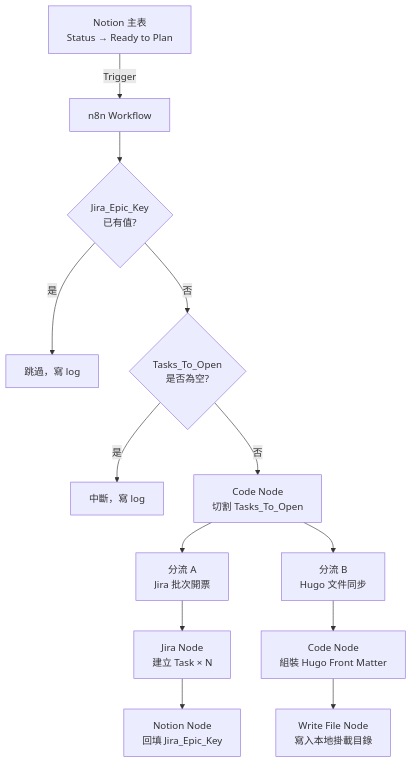
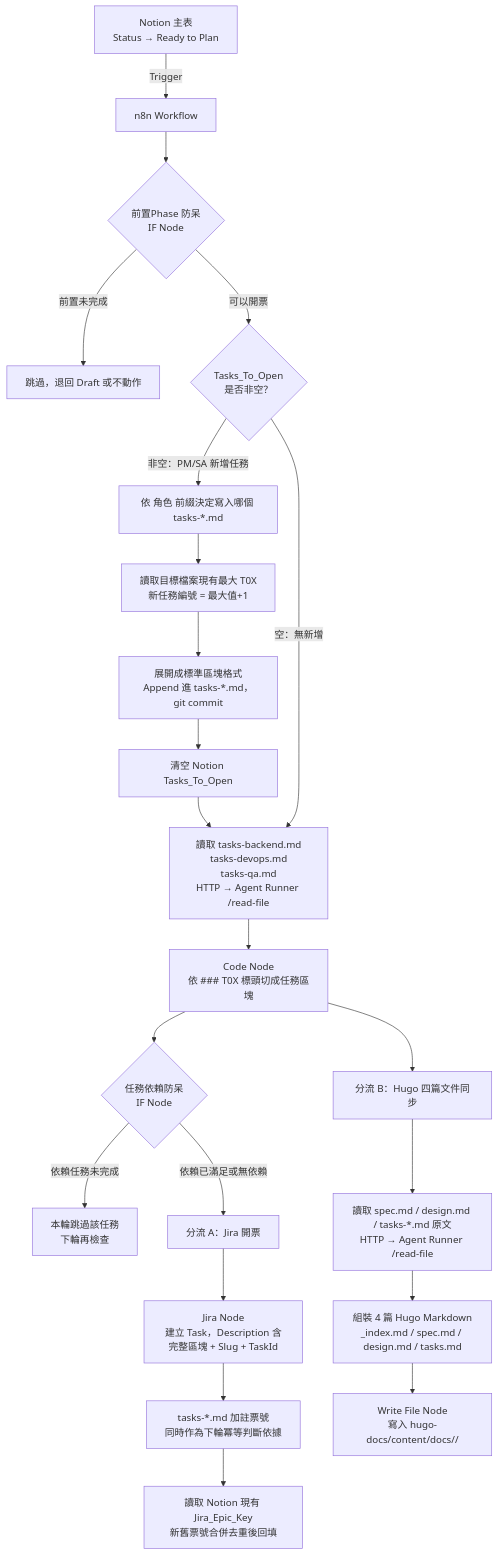
Before and after one commit to xu3clayu83ire/awtw-short-url-service: the diagram in _spec/phase2-n8n-pipeline/design.md, drawn with Mermaid. The commit also changed other lines of this file and 23 other files, not shown here.

````diff
--- a/_spec/phase2-n8n-pipeline/design.md
+++ b/_spec/phase2-n8n-pipeline/design.md
@@ -11,20 +19,29 @@
 ```mermaid
 graph TD
     A[Notion 主表\nStatus → Ready to Plan] -->|Trigger| B[n8n Workflow]
 
-    B --> C{Jira_Epic_Key\n已有值?}
-    C -->|是| Z1[跳過，寫 log]
-    C -->|否| D{Tasks_To_Open\n是否為空?}
+    B --> C{前置Phase 防呆\nIF Node}
+    C -->|前置未完成| Z0[跳過，退回 Draft 或不動作]
+    C -->|可以開票| N0{Tasks_To_Open\n是否非空？}
 
-    D -->|是| Z2[中斷，寫 log]
-    D -->|否| E[Code Node\n切割 Tasks_To_Open]
+    N0 -->|非空：PM/SA 新增任務| N1[依 角色 前綴決定寫入哪個 tasks-*.md]
+    N1 --> N2[讀取目標檔案現有最大 T0X\n新任務編號 = 最大值+1]
+    N2 --> N3[展開成標準區塊格式\nAppend 進 tasks-*.md，git commit]
+    N3 --> N4[清空 Notion Tasks_To_Open]
+    N4 --> D
+    N0 -->|空：無新增| D[讀取 tasks-backend.md\ntasks-devops.md\ntasks-qa.md\nHTTP → Agent Runner /read-file]
 
-    E --> F[分流 A\nJira 批次開票]
-    E --> G[分流 B\nHugo 文件同步]
+    D --> E[Code Node\n依 ### T0X 標頭切成任務區塊]
+    E --> F{任務依賴防呆\nIF Node}
+    F -->|依賴任務未完成| Z1[本輪跳過該任務\n下輪再檢查]
+    F -->|依賴已滿足或無依賴| G[分流 A：Jira 開票]
+    E --> H[分流 B：Hugo 四篇文件同步]
 
-    F --> F1[Jira Node\n建立 Task × N]
-    F1 --> F2[Notion Node\n回填 Jira_Epic_Key]
+    G --> G1[Jira Node\n建立 Task，Description 含完整區塊 + Slug + TaskId]
+    G1 --> G2[tasks-*.md 加註票號\n同時作為下輪冪等判斷依據]
+    G2 --> G3[讀取 Notion 現有 Jira_Epic_Key\n新舊票號合併去重後回填]
 
-    G --> G1[Code Node\n組裝 Hugo Front Matter]
-    G1 --> G2[Write File Node\n寫入本地掛載目錄]
+    H --> H1[讀取 spec.md / design.md / tasks-*.md 原文\nHTTP → Agent Runner /read-file]
+    H1 --> H2[組裝 4 篇 Hugo Markdown\n_index.md / spec.md / design.md / tasks.md]
+    H2 --> H3[Write File Node\n寫入 hugo-docs/content/docs/<slug>/]
 ```
````
